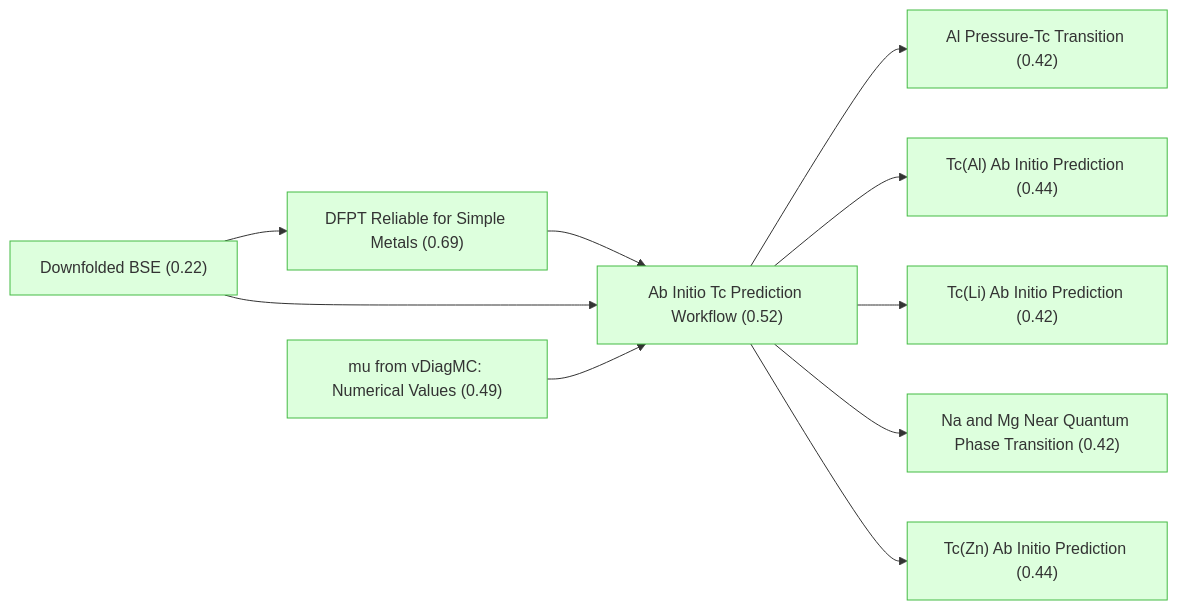
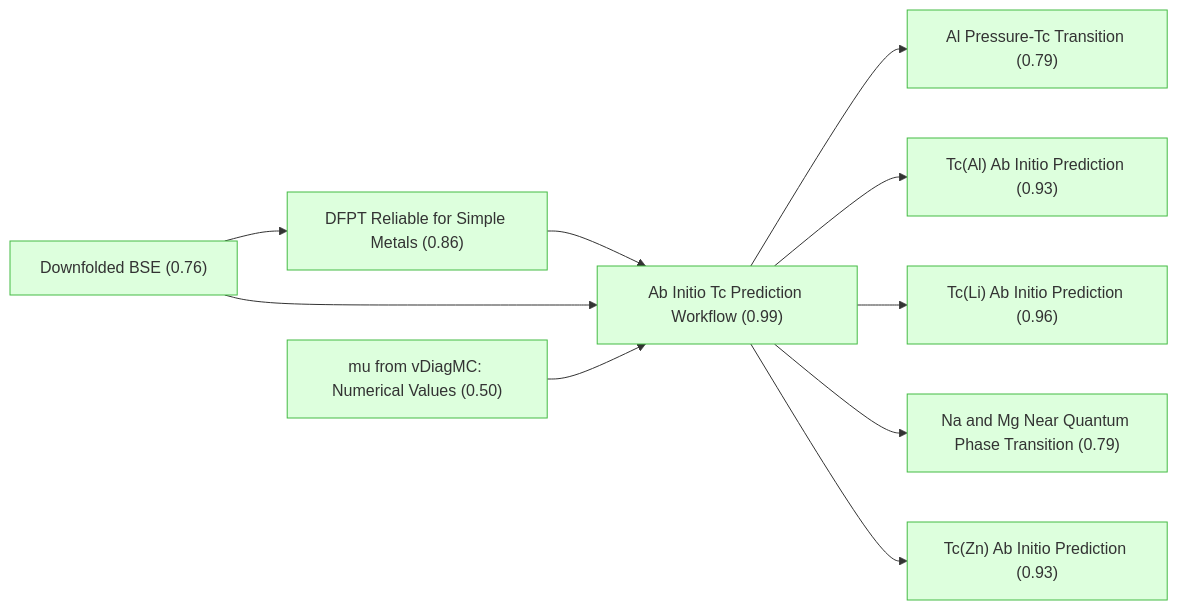
The first of 6 diagrams in README.md (kunyuan/SuperconductivityElectronLiquids.gaia), drawn with Mermaid before and after one commit. The commit also changed other lines of this file and 1 other file, not shown here.

````diff
--- a/README.md
+++ b/README.md
@@ -7,31 +7,31 @@
 ```mermaid
 graph LR
-    downfolded_bse["Downfolded BSE (0.22)"]:::derived
-    mu_vdiagmc_values["mu from vDiagMC: Numerical Values (0.49)"]:::derived
-    dfpt_reliable_for_simple_metals["DFPT Reliable for Simple Metals (0.69)"]:::derived
-    ab_initio_workflow["Ab Initio Tc Prediction Workflow (0.52)"]:::derived
-    tc_al_predicted["Tc(Al) Ab Initio Prediction (0.44)"]:::derived
-    tc_zn_predicted["Tc(Zn) Ab Initio Prediction (0.44)"]:::derived
-    tc_li_predicted["Tc(Li) Ab Initio Prediction (0.42)"]:::derived
-    al_pressure_transition["Al Pressure-Tc Transition (0.42)"]:::derived
-    tc_mg_na_near_qpt["Na and Mg Near Quantum Phase Transition (0.42)"]:::derived
+    downfolded_bse["Downfolded BSE (0.76)"]:::derived
+    mu_vdiagmc_values["mu from vDiagMC: Numerical Values (0.50)"]:::derived
+    dfpt_reliable_for_simple_metals["DFPT Reliable for Simple Metals (0.86)"]:::derived
+    ab_initio_workflow["Ab Initio Tc Prediction Workflow (0.99)"]:::derived
+    tc_al_predicted["Tc(Al) Ab Initio Prediction (0.93)"]:::derived
+    tc_zn_predicted["Tc(Zn) Ab Initio Prediction (0.93)"]:::derived
+    tc_li_predicted["Tc(Li) Ab Initio Prediction (0.96)"]:::derived
+    al_pressure_transition["Al Pressure-Tc Transition (0.79)"]:::derived
+    tc_mg_na_near_qpt["Na and Mg Near Quantum Phase Transition (0.79)"]:::derived
     ab_initio_workflow --> al_pressure_transition
     ab_initio_workflow --> tc_al_predicted
     ab_initio_workflow --> tc_li_predicted
     ab_initio_workflow --> tc_mg_na_near_qpt
     ab_initio_workflow --> tc_zn_predicted
     dfpt_reliable_for_simple_metals --> ab_initio_workflow
     downfolded_bse --> ab_initio_workflow
     downfolded_bse --> dfpt_reliable_for_simple_metals
     mu_vdiagmc_values --> ab_initio_workflow
 
     classDef setting fill:#f0f0f0,stroke:#999,color:#333
     classDef premise fill:#ddeeff,stroke:#4488bb,color:#333
     classDef derived fill:#ddffdd,stroke:#44bb44,color:#333
     classDef question fill:#fff3dd,stroke:#cc9944,color:#333
     classDef background fill:#f5f5f5,stroke:#bbb,stroke-dasharray: 5 5,color:#333
     classDef orphan fill:#fff,stroke:#ccc,stroke-dasharray: 5 5,color:#333
     classDef external fill:#fff,stroke:#aaa,stroke-dasharray: 3 3,color:#333
     classDef weak fill:#fff9c4,stroke:#f9a825,stroke-dasharray: 5 5,color:#333
     classDef contra fill:#ffebee,stroke:#c62828,color:#333
 ```
````
